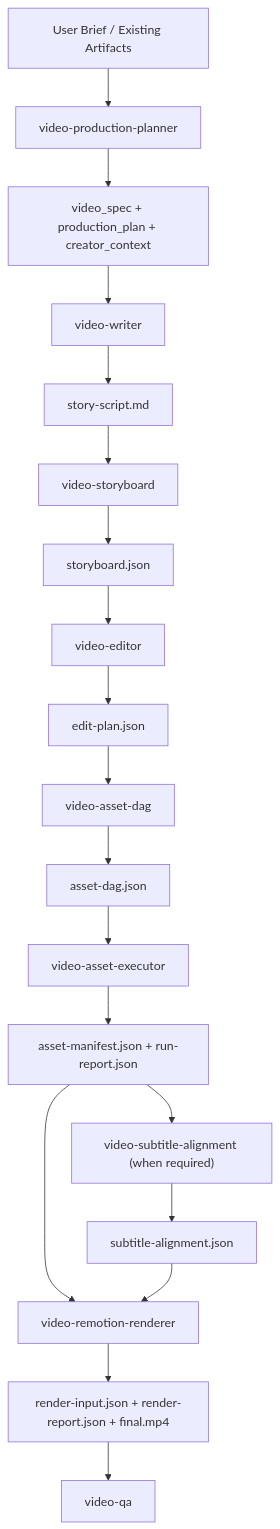
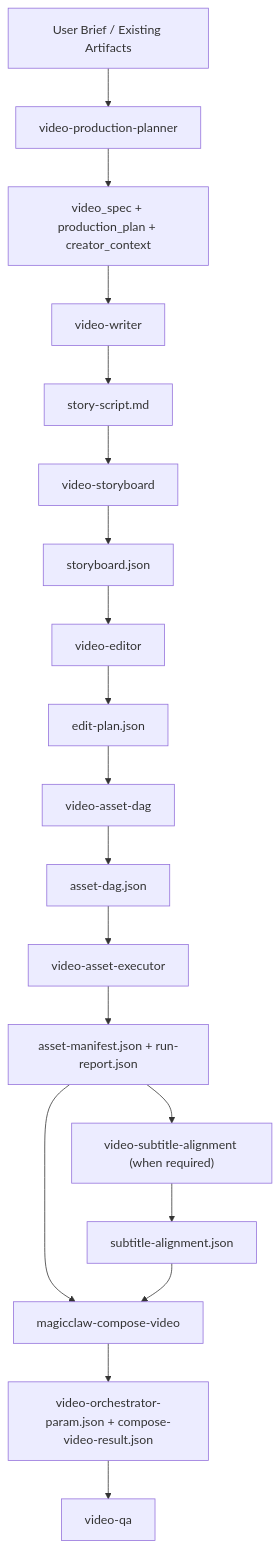
Before and after one commit to WindyYch/magic-skills-public: the diagram in video-production-planner/README.md, drawn with Mermaid. The commit also changed other lines of this file and 33 other files, not shown here.

````diff
--- a/video-production-planner/README.md
+++ b/video-production-planner/README.md
@@ -68,21 +68,21 @@
 ```mermaid
 flowchart TD
     A["User Brief / Existing Artifacts"] --> B["video-production-planner"]
     B --> C["video_spec + production_plan + creator_context"]
     C --> D["video-writer"]
     D --> E["story-script.md"]
     E --> F["video-storyboard"]
     F --> G["storyboard.json"]
     G --> H["video-editor"]
     H --> I["edit-plan.json"]
     I --> J["video-asset-dag"]
     J --> K["asset-dag.json"]
     K --> L["video-asset-executor"]
     L --> M["asset-manifest.json + run-report.json"]
     M --> N["video-subtitle-alignment (when required)"]
     N --> O["subtitle-alignment.json"]
-    M --> P["video-remotion-renderer"]
+    M --> P["magicclaw-compose-video"]
     O --> P
-    P --> Q["render-input.json + render-report.json + final.mp4"]
+    P --> Q["video-orchestrator-param.json + compose-video-result.json"]
     Q --> R["video-qa"]
 ```
````
